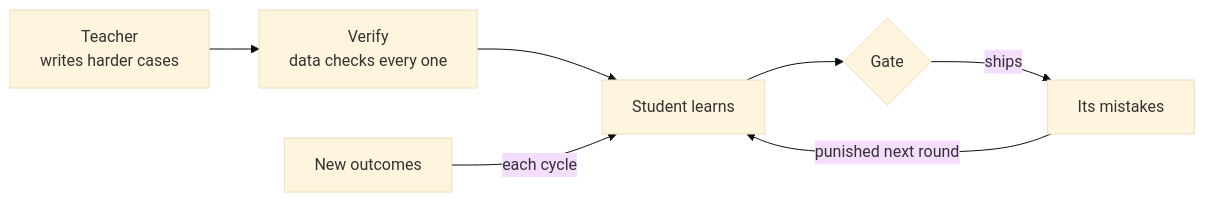
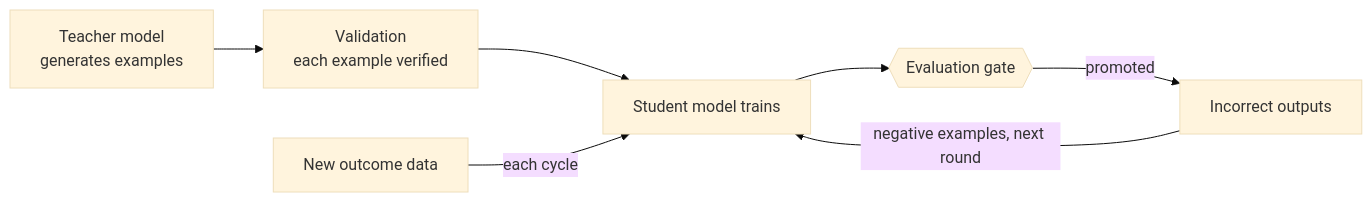
One commit to BiswajitBiswa/vertiq changed the second of 2 diagrams in README.md. Above: the diagram before and after it, drawn with Mermaid (base theme). The commit also changed other lines of this file and 39 other files, not shown here.

````diff
--- a/README.md
+++ b/README.md
@@ -67,9 +68,9 @@
 ```mermaid
 flowchart LR
-    T[Teacher<br/>writes harder cases] --> V[Verify<br/>data checks every one]
-    V --> S[Student learns]
-    S --> G{Gate}
-    G -- ships --> M[Its mistakes]
-    M -- punished next round --> S
-    O[New outcomes] -- each cycle --> S
+    T[Teacher model<br/>generates examples] --> V[Validation<br/>each example verified]
+    V --> S[Student model trains]
+    S --> G{{Evaluation gate}}
+    G -- promoted --> M[Incorrect outputs]
+    M -- negative examples, next round --> S
+    O[New outcome data] -- each cycle --> S
 ```
````
